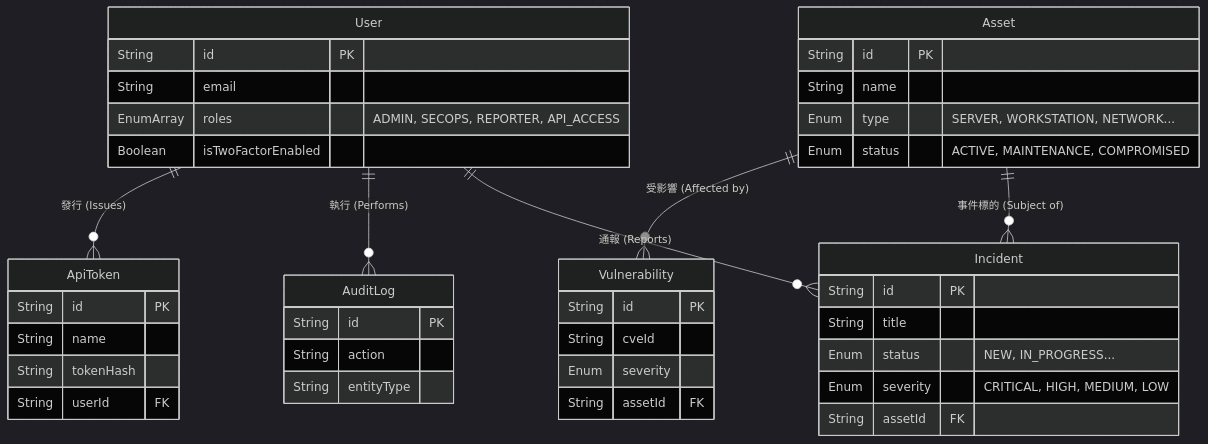
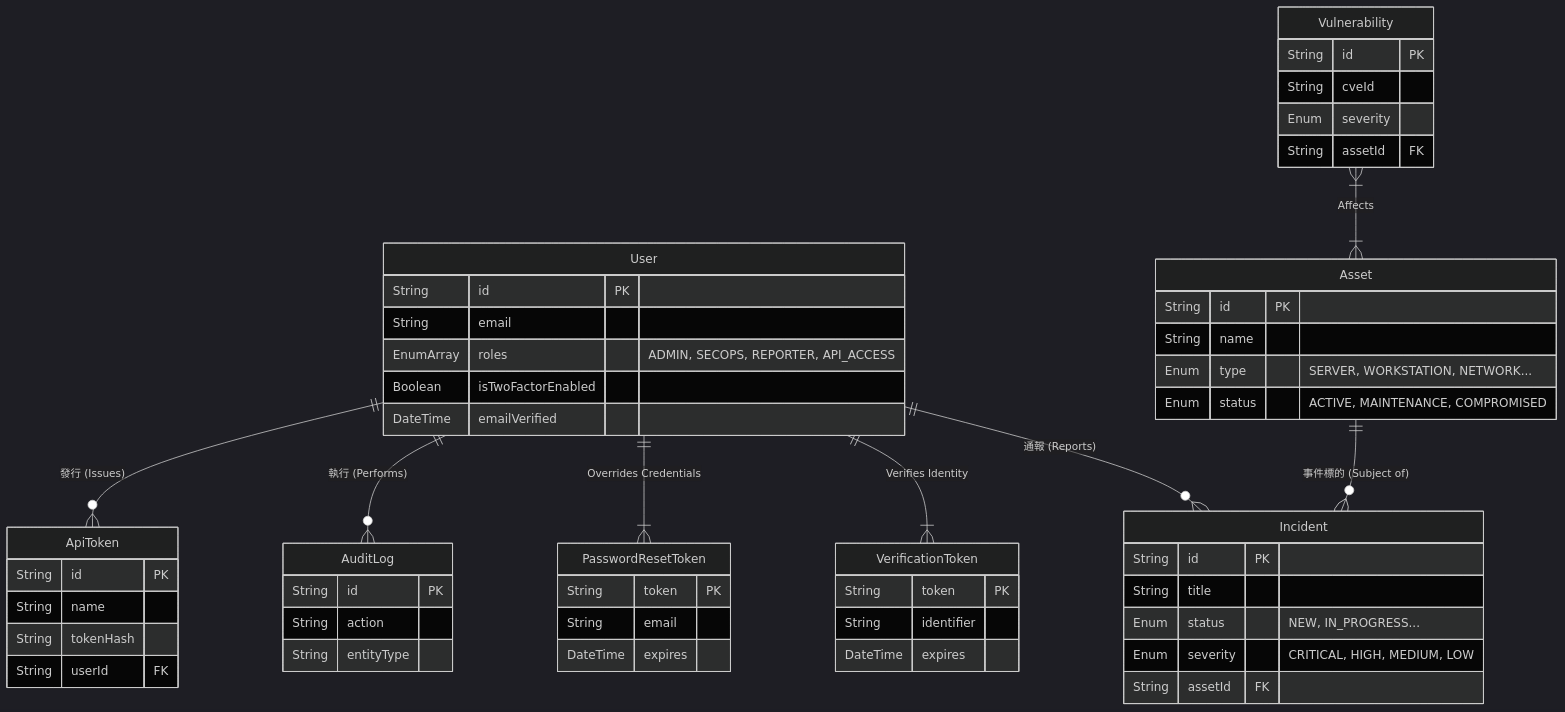
Before and after one commit to Cyber-Sec-Space/openticket: the third of 3 diagrams in docs/ARCHITECTURE.zh-TW.md, drawn with Mermaid (dark theme). The commit also changed 30 other files, not shown here.

Commit message:
feat(auth): deploy identity verification wall and self-service password recovery pipeline

````diff
--- a/docs/ARCHITECTURE.zh-TW.md
+++ b/docs/ARCHITECTURE.zh-TW.md
@@ -59,45 +59,58 @@
 ```mermaid
 erDiagram
     User {
         String id PK
         String email
         EnumArray roles "ADMIN, SECOPS, REPORTER, API_ACCESS"
         Boolean isTwoFactorEnabled
+        DateTime emailVerified
+    }
+    VerificationToken {
+        String token PK
+        String identifier
+        DateTime expires
+    }
+    PasswordResetToken {
+        String token PK
+        String email
+        DateTime expires
     }
     ApiToken {
         String id PK
         String name
         String tokenHash
         String userId FK
     }
     Asset {
         String id PK
         String name
         Enum type "SERVER, WORKSTATION, NETWORK..."
         Enum status "ACTIVE, MAINTENANCE, COMPROMISED"
     }
     Incident {
         String id PK
         String title
         Enum status "NEW, IN_PROGRESS..."
         Enum severity "CRITICAL, HIGH, MEDIUM, LOW"
         String assetId FK
     }
     Vulnerability {
         String id PK
         String cveId
         Enum severity
         String assetId FK
     }
     AuditLog {
         String id PK
         String action
         String entityType
     }
 
     User ||--o{ Incident : "通報 (Reports)"
     Asset ||--o{ Incident : "事件標的 (Subject of)"
-    Asset ||--o{ Vulnerability : "受影響 (Affected by)"
+    Vulnerability }|--|{ Asset : "Affects"
+    User ||--|{ VerificationToken : "Verifies Identity"
+    User ||--|{ PasswordResetToken : "Overrides Credentials"
     User ||--o{ AuditLog : "執行 (Performs)"
     User ||--o{ ApiToken : "發行 (Issues)"
 ```
````
